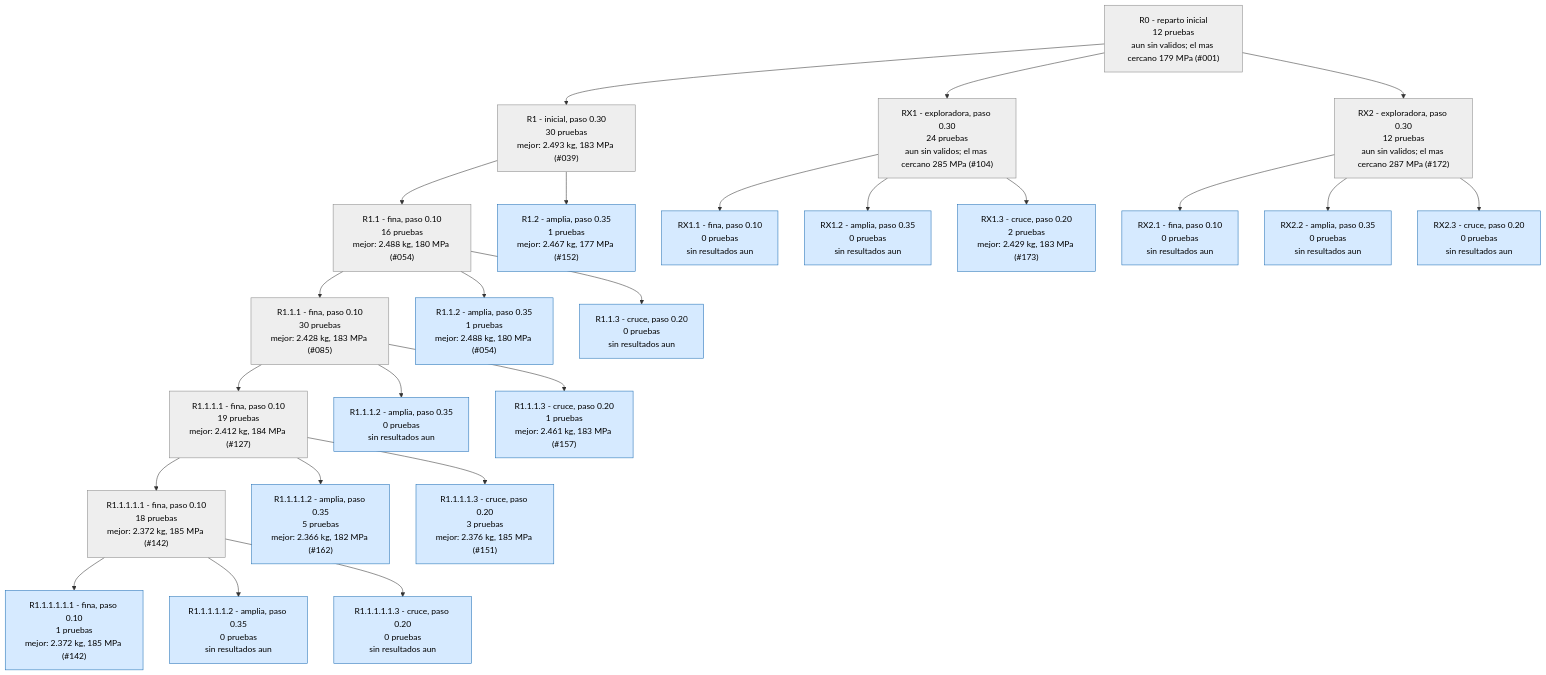
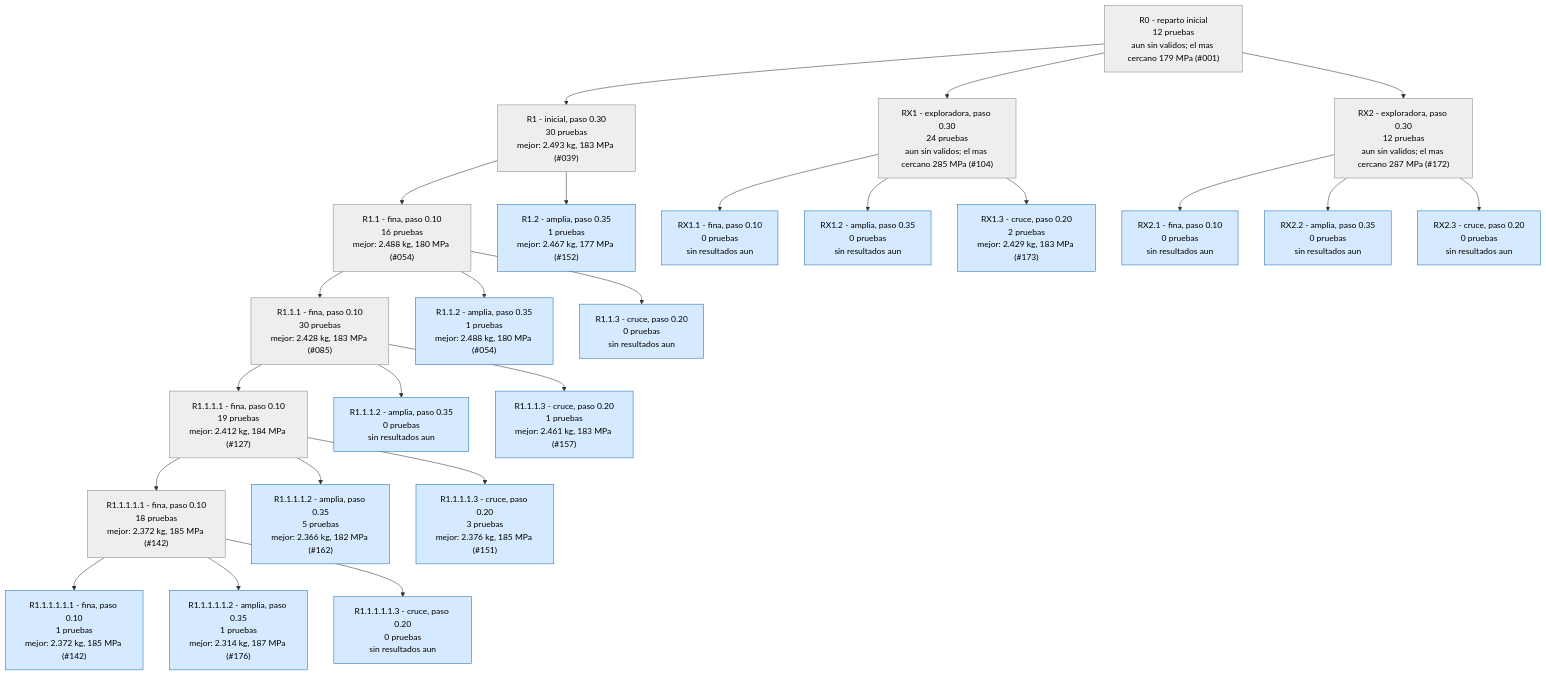
The second of 4 diagrams in runs/opt_37800N/ARBOL.md (Hugiko/msd-soporte-optimizacion), drawn with Mermaid before and after one commit. The commit also changed 22 other files, not shown here.

````diff
--- a/runs/opt_37800N/ARBOL.md
+++ b/runs/opt_37800N/ARBOL.md
@@ -29,53 +29,53 @@
 ```mermaid
 graph TD
 classDef activa fill:#d6eaff,stroke:#1f6fb5,color:#000
 classDef fin fill:#eeeeee,stroke:#888,color:#000
 classDef mejor fill:#c8f0c0,stroke:#1a9850,stroke-width:4px,color:#000
 R0["R0 - reparto inicial<br/>12 pruebas<br/>aun sin validos; el mas cercano 179 MPa (#001)"]:::fin
 R1["R1 - inicial, paso 0.30<br/>30 pruebas<br/>mejor: 2.493 kg, 183 MPa (#039)"]:::fin
 R0 --> R1
 R1_1["R1.1 - fina, paso 0.10<br/>16 pruebas<br/>mejor: 2.488 kg, 180 MPa (#054)"]:::fin
 R1 --> R1_1
 R1_2["R1.2 - amplia, paso 0.35<br/>1 pruebas<br/>mejor: 2.467 kg, 177 MPa (#152)"]:::activa
 R1 --> R1_2
 R1_1_1["R1.1.1 - fina, paso 0.10<br/>30 pruebas<br/>mejor: 2.428 kg, 183 MPa (#085)"]:::fin
 R1_1 --> R1_1_1
 R1_1_2["R1.1.2 - amplia, paso 0.35<br/>1 pruebas<br/>mejor: 2.488 kg, 180 MPa (#054)"]:::activa
 R1_1 --> R1_1_2
 R1_1_3["R1.1.3 - cruce, paso 0.20<br/>0 pruebas<br/>sin resultados aun"]:::activa
 R1_1 --> R1_1_3
 R1_1_1_1["R1.1.1.1 - fina, paso 0.10<br/>19 pruebas<br/>mejor: 2.412 kg, 184 MPa (#127)"]:::fin
 R1_1_1 --> R1_1_1_1
 R1_1_1_2["R1.1.1.2 - amplia, paso 0.35<br/>0 pruebas<br/>sin resultados aun"]:::activa
 R1_1_1 --> R1_1_1_2
 R1_1_1_3["R1.1.1.3 - cruce, paso 0.20<br/>1 pruebas<br/>mejor: 2.461 kg, 183 MPa (#157)"]:::activa
 R1_1_1 --> R1_1_1_3
 RX1["RX1 - exploradora, paso 0.30<br/>24 pruebas<br/>aun sin validos; el mas cercano 285 MPa (#104)"]:::fin
 R0 --> RX1
 RX1_1["RX1.1 - fina, paso 0.10<br/>0 pruebas<br/>sin resultados aun"]:::activa
 RX1 --> RX1_1
 RX1_2["RX1.2 - amplia, paso 0.35<br/>0 pruebas<br/>sin resultados aun"]:::activa
 RX1 --> RX1_2
 RX1_3["RX1.3 - cruce, paso 0.20<br/>2 pruebas<br/>mejor: 2.429 kg, 183 MPa (#173)"]:::activa
 RX1 --> RX1_3
 R1_1_1_1_1["R1.1.1.1.1 - fina, paso 0.10<br/>18 pruebas<br/>mejor: 2.372 kg, 185 MPa (#142)"]:::fin
 R1_1_1_1 --> R1_1_1_1_1
 R1_1_1_1_2["R1.1.1.1.2 - amplia, paso 0.35<br/>5 pruebas<br/>mejor: 2.366 kg, 182 MPa (#162)"]:::activa
 R1_1_1_1 --> R1_1_1_1_2
 R1_1_1_1_3["R1.1.1.1.3 - cruce, paso 0.20<br/>3 pruebas<br/>mejor: 2.376 kg, 185 MPa (#151)"]:::activa
 R1_1_1_1 --> R1_1_1_1_3
 R1_1_1_1_1_1["R1.1.1.1.1.1 - fina, paso 0.10<br/>1 pruebas<br/>mejor: 2.372 kg, 185 MPa (#142)"]:::activa
 R1_1_1_1_1 --> R1_1_1_1_1_1
-R1_1_1_1_1_2["R1.1.1.1.1.2 - amplia, paso 0.35<br/>0 pruebas<br/>sin resultados aun"]:::activa
+R1_1_1_1_1_2["R1.1.1.1.1.2 - amplia, paso 0.35<br/>1 pruebas<br/>mejor: 2.314 kg, 187 MPa (#176)"]:::activa
 R1_1_1_1_1 --> R1_1_1_1_1_2
 R1_1_1_1_1_3["R1.1.1.1.1.3 - cruce, paso 0.20<br/>0 pruebas<br/>sin resultados aun"]:::activa
 R1_1_1_1_1 --> R1_1_1_1_1_3
 RX2["RX2 - exploradora, paso 0.30<br/>12 pruebas<br/>aun sin validos; el mas cercano 287 MPa (#172)"]:::fin
 R0 --> RX2
 RX2_1["RX2.1 - fina, paso 0.10<br/>0 pruebas<br/>sin resultados aun"]:::activa
 RX2 --> RX2_1
 RX2_2["RX2.2 - amplia, paso 0.35<br/>0 pruebas<br/>sin resultados aun"]:::activa
 RX2 --> RX2_2
 RX2_3["RX2.3 - cruce, paso 0.20<br/>0 pruebas<br/>sin resultados aun"]:::activa
 RX2 --> RX2_3
 ```
````
